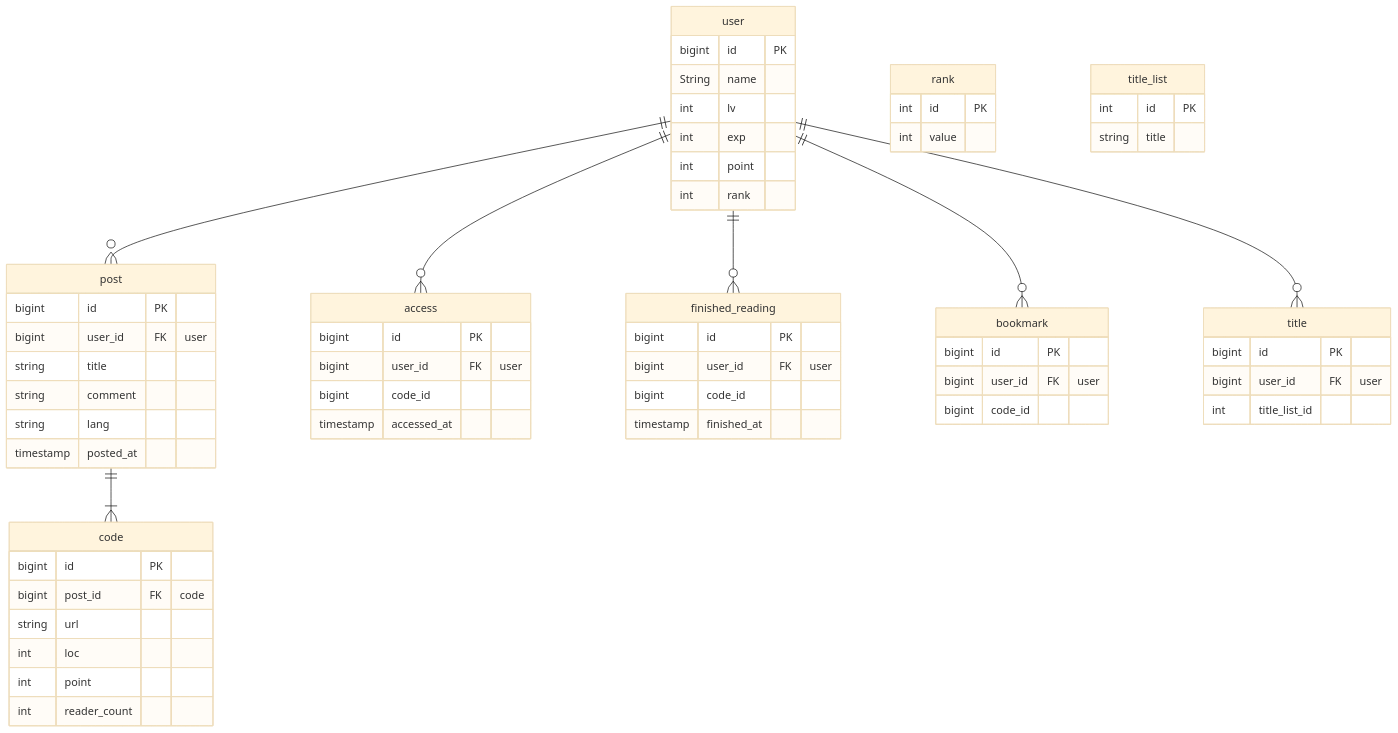
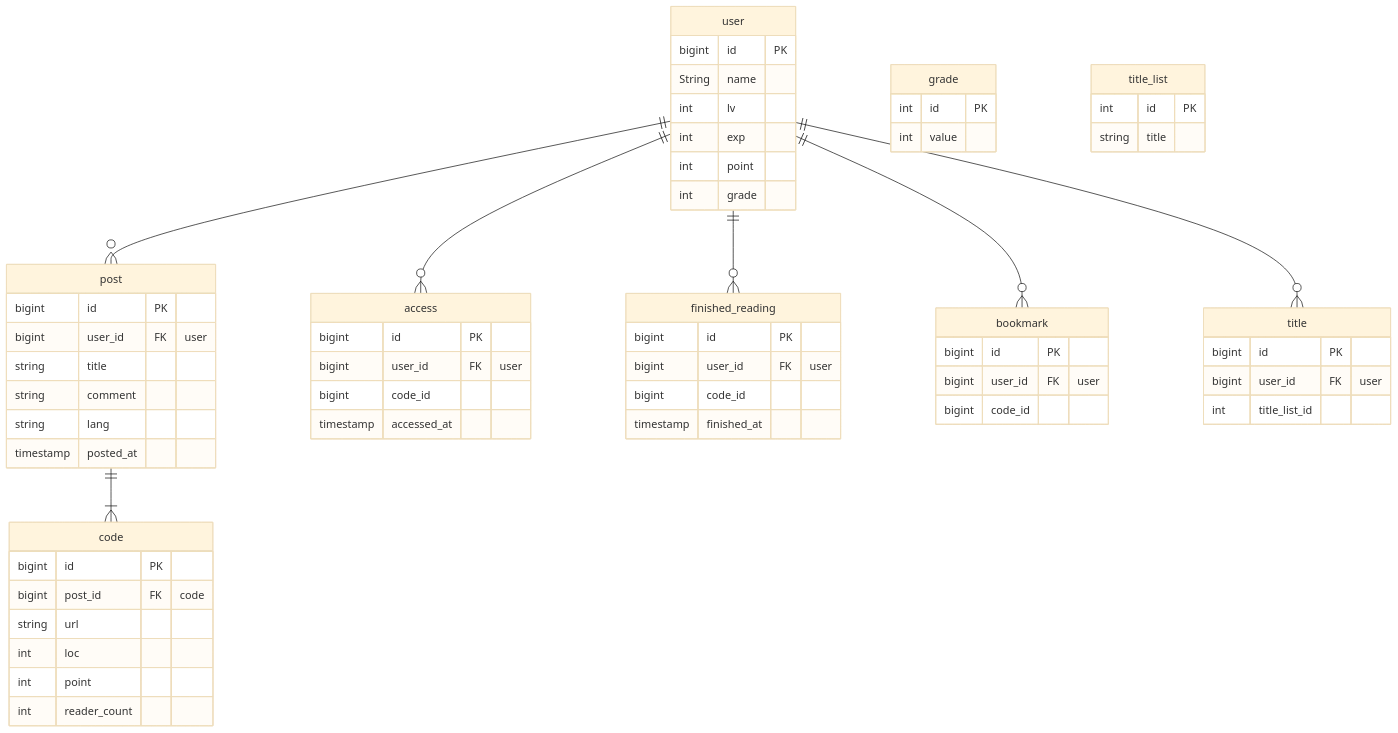
One commit to KimuraRyunosuke/CodeLeader changed the diagram in chart/ER.md. Above: the diagram before and after it, drawn with Mermaid (base theme).

Commit message:
rankをgradeへ変更

````diff
--- a/chart/ER.md
+++ b/chart/ER.md
@@ -1,72 +1,72 @@
 ```mermaid
 erDiagram
     user {
         bigint id PK
         String name
         int lv
         int exp
         int point
-        int rank
+        int grade
     }
 
     post {
         bigint id PK
         bigint user_id FK "user"
         string title
         string comment
         string lang
         timestamp posted_at
     }
 
     code {
         bigint id PK
         bigint post_id FK "code"
         string url
         int loc
         int point
         int reader_count
     }
 
     access {
         bigint id PK
         bigint user_id FK "user"
         bigint code_id
         timestamp accessed_at
     }
 
     finished_reading {
         bigint id PK
         bigint user_id FK "user"
         bigint code_id
         timestamp finished_at
     }
 
     bookmark {
         bigint id PK
         bigint user_id FK "user"
         bigint code_id
     }
 
     title {
         bigint id PK
         bigint user_id FK "user"
         int title_list_id
     }
 
-    rank {
+    grade {
         int id PK
         int value
     }
 
     title_list {
         int id PK
         string title
     }
 
     user ||--o{ post : ""
     user ||--o{ access : ""
     user ||--o{ finished_reading : ""
     user ||--o{ bookmark : ""
     user ||--o{ title : ""
     post ||--|{ code : ""
 ```
````
